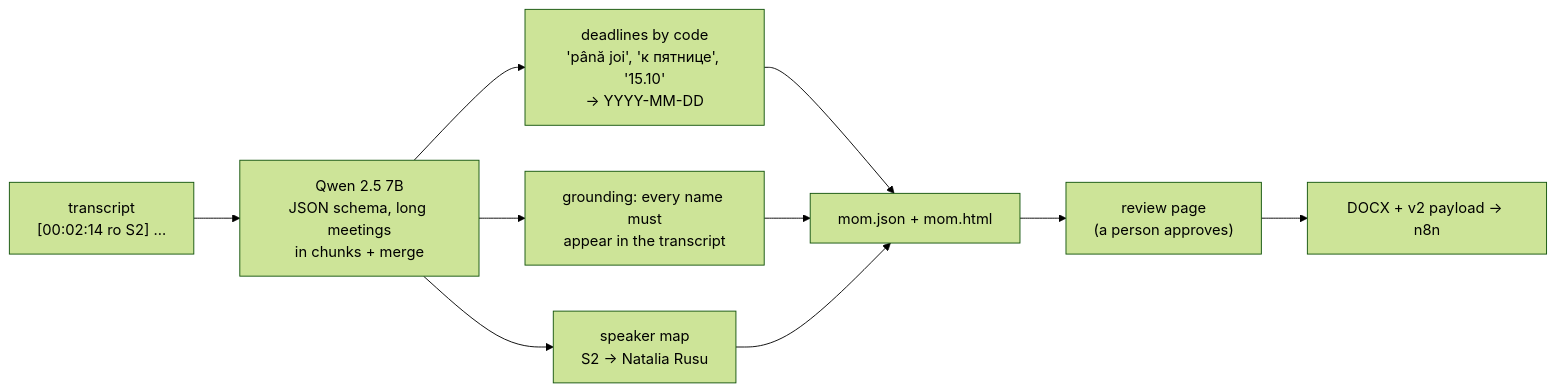
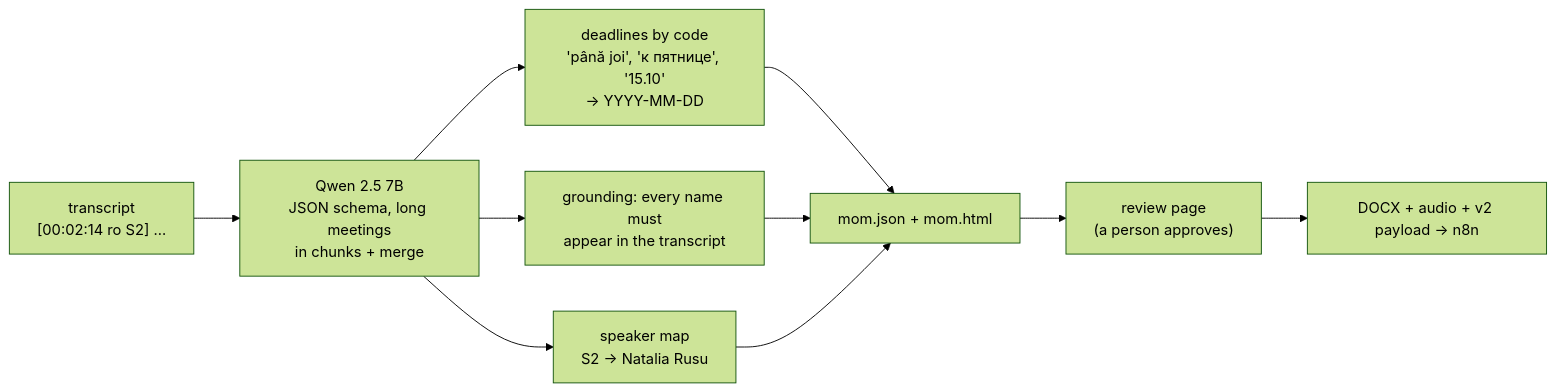
Before and after one commit to Klavrin/gigahack26-mom-challenge: the fourth of 5 diagrams in docs/architecture.md, drawn with Mermaid (forest theme). The commit also changed other lines of this file and 18 other files, not shown here.

````diff
--- a/docs/architecture.md
+++ b/docs/architecture.md
@@ -100,12 +100,12 @@
 ```mermaid
 flowchart LR
     t["transcript<br/>[00:02:14 ro S2] …"] --> q["Qwen 2.5 7B<br/>JSON schema, long meetings<br/>in chunks + merge"]
     q --> c1["deadlines by code<br/>'până joi', 'к пятнице', '15.10'<br/>→ YYYY-MM-DD"]
     q --> c2["grounding: every name must<br/>appear in the transcript"]
     q --> c3["speaker map<br/>S2 → Natalia Rusu"]
     c1 --> mom["mom.json + mom.html"]
     c2 --> mom
     c3 --> mom
     mom --> rev["review page<br/>(a person approves)"]
-    rev --> docx["DOCX + v2 payload → n8n"]
+    rev --> docx["DOCX + audio + v2 payload → n8n"]
 ```
````
